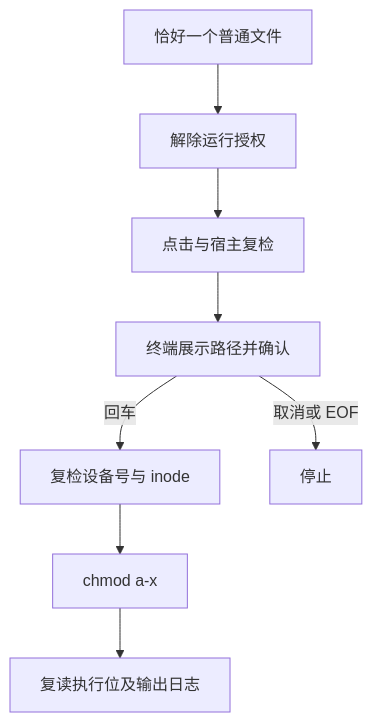
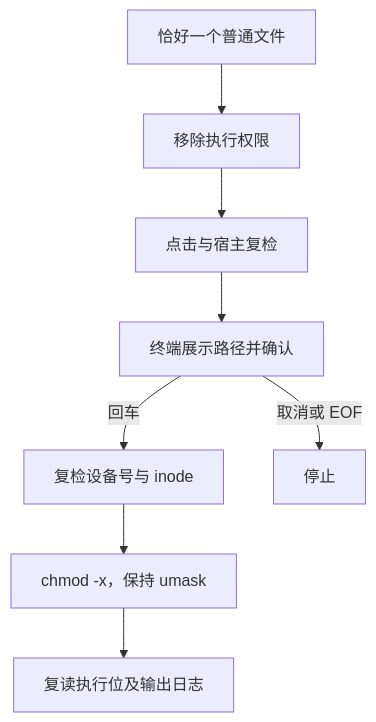
Before and after one commit to JobsKits/MacOS_Extension: the second of 2 diagrams in JobsRunAuthorizationRevoker/README.md, drawn with Mermaid. The commit also changed other lines of this file and 657 other files, not shown here.

````diff
--- a/JobsRunAuthorizationRevoker/README.md
+++ b/JobsRunAuthorizationRevoker/README.md
@@ -144,10 +144,10 @@
 ```mermaid
 flowchart TD
-    File[恰好一个普通文件] --> Menu[解除运行授权]
+    File[恰好一个普通文件] --> Menu[移除执行权限]
     Menu --> Recheck[点击与宿主复检]
     Recheck --> Confirm[终端展示路径并确认]
     Confirm -->|回车| Identity[复检设备号与 inode]
     Confirm -->|取消或 EOF| Stop[停止]
-    Identity --> Chmod[chmod a-x]
+    Identity --> Chmod[chmod -x，保持 umask]
     Chmod --> Verify[复读执行位及输出日志]
 ```
````
